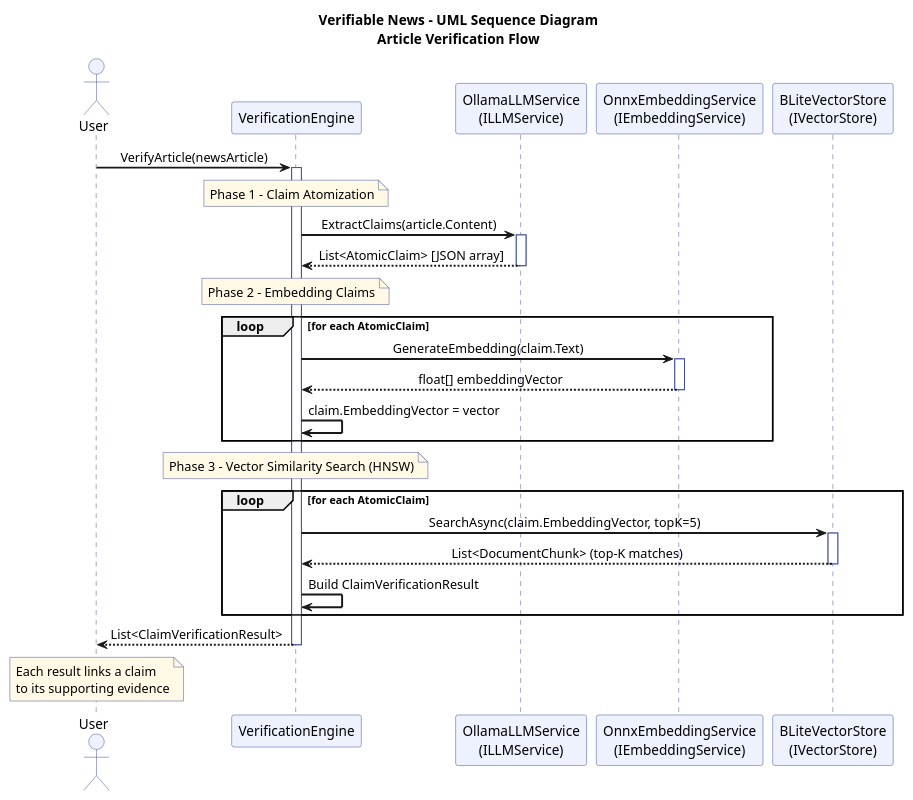
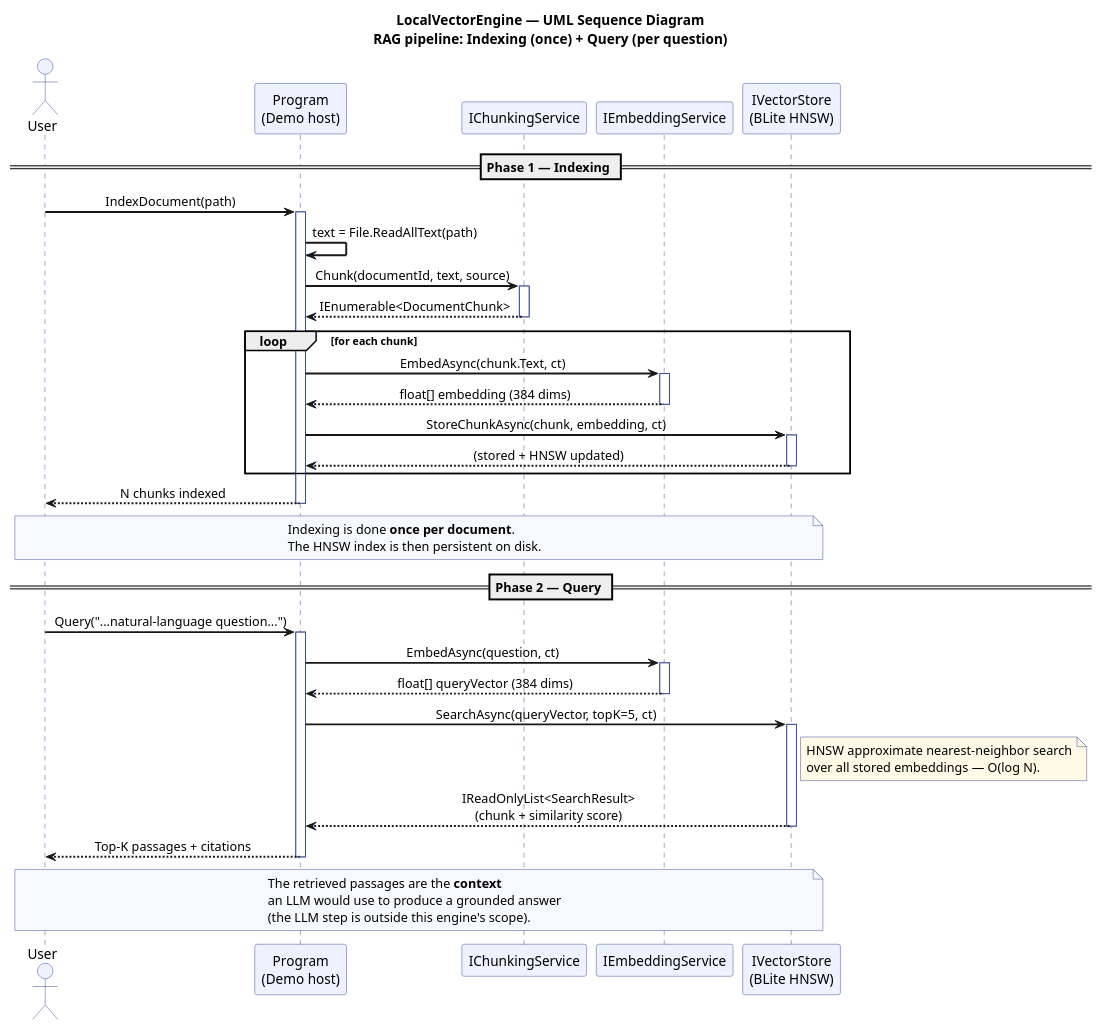
The diagram in docs/sequence_diagram.puml (wialmpeortt/AtomizeNews_swe_exam), drawn with PlantUML before and after one commit. The commit also changed 5 other files, not shown here.

Commit message:
docs: align README and UML diagrams to LocalVectorEngine scope

```diff
--- a/docs/sequence_diagram.puml
+++ b/docs/sequence_diagram.puml
@@ -1,63 +1,90 @@
-@startuml SequenceDiagram_VerifiableNews
+@startuml SequenceDiagram_LocalVectorEngine
 
 skinparam backgroundColor white
 skinparam sequenceArrowThickness 2
 skinparam sequenceParticipant {
     BackgroundColor #EEF2FF
     BorderColor #3B4A9C
 }
 skinparam sequenceActorBackgroundColor #EEF2FF
 skinparam sequenceActorBorderColor #3B4A9C
 skinparam sequenceLifeLineBorderColor #3B4A9C
 skinparam sequenceMessageAlign center
 skinparam noteBorderColor #3B4A9C
 skinparam noteBackgroundColor #FFF9E6
 
-title Verifiable News - UML Sequence Diagram\nArticle Verification Flow
+title LocalVectorEngine — UML Sequence Diagram\nRAG pipeline: Indexing (once) + Query (per question)
 
 actor User
-participant "VerificationEngine" as VE
-participant "OllamaLLMService\n(ILLMService)" as LLM
-participant "OnnxEmbeddingService\n(IEmbeddingService)" as EMB
-participant "BLiteVectorStore\n(IVectorStore)" as DB
+participant "Program\n(Demo host)" as P
+participant "IChunkingService" as CHK
+participant "IEmbeddingService" as EMB
+participant "IVectorStore\n(BLite HNSW)" as DB
 
-' ─── Phase 1: Claim Atomization ───────────────────────────
-User -> VE : VerifyArticle(newsArticle)
-activate VE
+' ═════════════════════════════════════════════════════════
+' PHASE 1 — INDEXING (run once per document)
+' ═════════════════════════════════════════════════════════
+== Phase 1 — Indexing ==
 
-note over VE : Phase 1 - Claim Atomization
+User -> P : IndexDocument(path)
+activate P
 
-VE -> LLM : ExtractClaims(article.Content)
-activate LLM
-LLM --> VE : List<AtomicClaim> [JSON array]
-deactivate LLM
+P -> P : text = File.ReadAllText(path)
 
-note over VE : Phase 2 - Embedding Claims
+P -> CHK : Chunk(documentId, text, source)
+activate CHK
+CHK --> P : IEnumerable<DocumentChunk>
+deactivate CHK
 
-' ─── Phase 2: Embedding each claim ───────────────────────
-loop for each AtomicClaim
-    VE -> EMB : GenerateEmbedding(claim.Text)
+loop for each chunk
+    P -> EMB : EmbedAsync(chunk.Text, ct)
     activate EMB
-    EMB --> VE : float[] embeddingVector
+    EMB --> P : float[] embedding (384 dims)
     deactivate EMB
-    VE -> VE : claim.EmbeddingVector = vector
+
+    P -> DB : StoreChunkAsync(chunk, embedding, ct)
+    activate DB
+    DB --> P : (stored + HNSW updated)
+    deactivate DB
 end
 
-' ─── Phase 3: Vector Search ────────────────────────────────
-note over VE : Phase 3 - Vector Similarity Search (HNSW)
+P --> User : N chunks indexed
+deactivate P
 
-loop for each AtomicClaim
-    VE -> DB : SearchAsync(claim.EmbeddingVector, topK=5)
-    activate DB
-    DB --> VE : List<DocumentChunk> (top-K matches)
-    deactivate DB
-    VE -> VE : Build ClaimVerificationResult
-end
+note over User, DB #F8F9FF
+    Indexing is done **once per document**.
+    The HNSW index is then persistent on disk.
+end note
 
-' ─── Return Results ────────────────────────────────────────
-VE --> User : List<ClaimVerificationResult>
-deactivate VE
+' ═════════════════════════════════════════════════════════
+' PHASE 2 — QUERY (run for every user question)
+' ═════════════════════════════════════════════════════════
+== Phase 2 — Query ==
 
-note over User : Each result links a claim\nto its supporting evidence
+User -> P : Query("...natural-language question...")
+activate P
+
+P -> EMB : EmbedAsync(question, ct)
+activate EMB
+EMB --> P : float[] queryVector (384 dims)
+deactivate EMB
+
+P -> DB : SearchAsync(queryVector, topK=5, ct)
+activate DB
+note right of DB
+    HNSW approximate nearest-neighbor search
+    over all stored embeddings — O(log N).
+end note
+DB --> P : IReadOnlyList<SearchResult>\n(chunk + similarity score)
+deactivate DB
+
+P --> User : Top-K passages + citations
+deactivate P
+
+note over User, DB #F8F9FF
+    The retrieved passages are the **context**
+    an LLM would use to produce a grounded answer
+    (the LLM step is outside this engine's scope).
+end note
 
 @enduml
```
